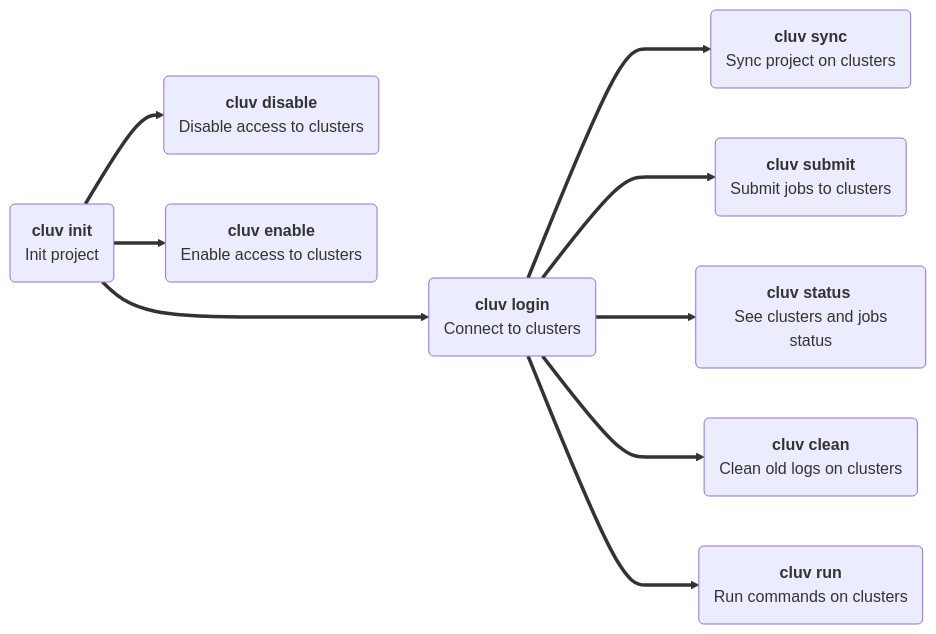
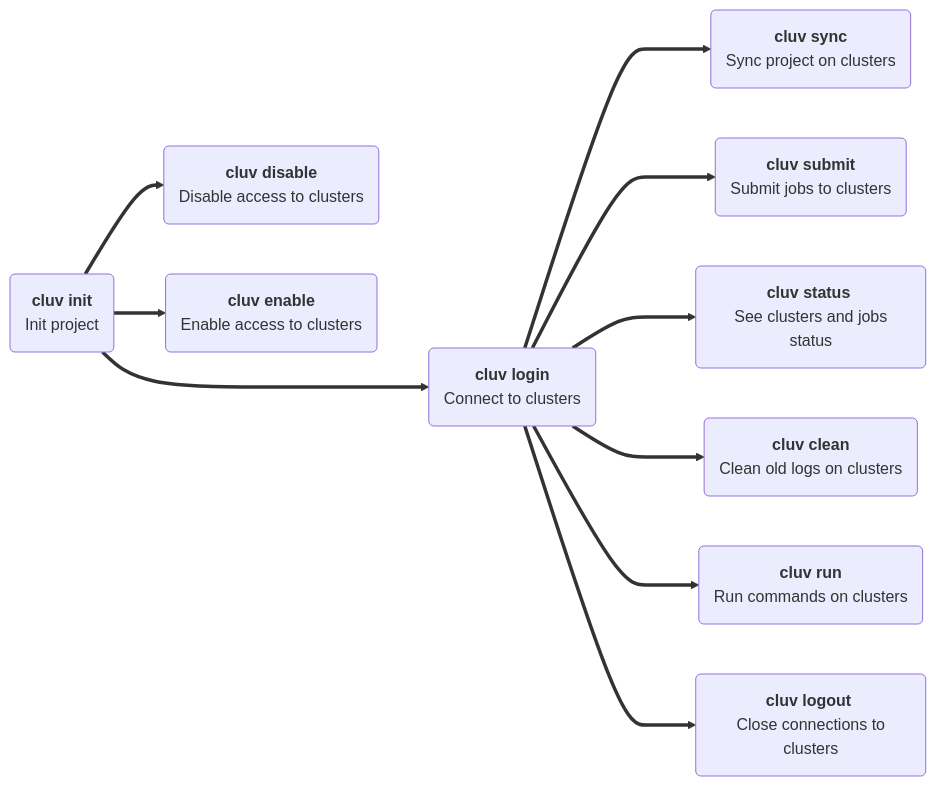
One commit to mila-iqia/cluv changed the diagram in docs/index.md. Above: the diagram before and after it, drawn with Mermaid. The commit also changed other lines of this file and 3 other files, not shown here.

Commit message:
Add documentation for `cluv logout` command

````diff
--- a/docs/index.md
+++ b/docs/index.md
@@ -97,32 +102,35 @@
 ``` mermaid
     graph LR
         init(<b>cluv init</b> <br> Init project)
         sync(<b>cluv sync</b> <br> Sync project on clusters)
         login(<b>cluv login</b> <br> Connect to clusters)
+        logout(<b>cluv logout</b> <br> Close connections to clusters)
         submit(<b>cluv submit</b> <br> Submit jobs to clusters)
         status(<b>cluv status</b> <br> See clusters and jobs status)
         disable(<b>cluv disable</b> <br> Disable access to clusters)
         enable(<b>cluv enable</b> <br> Enable access to clusters)
         clean(<b>cluv clean</b> <br> Clean old logs on clusters)
         run(<b>cluv run</b> <br> Run commands on clusters)
 
         init ===> login
         init ==> disable
         init ==> enable
 
         login ===> sync
         login ===> submit
         login ===> status
         login ===> clean
         login ===> run
+        login ===> logout
 
         click init "commands/#cluv-init"
         click login "commands/#cluv-login"
+        click logout "commands/#cluv-logout"
         click sync "commands/#cluv-sync"
         click submit "commands/#cluv-submit"
         click status "commands/#cluv-status"
         click disable "commands/#cluv-disable"
         click enable "commands/#cluv-enable"
         click clean "commands/#cluv-clean"
         click run "commands/#cluv-run"
 ```
````
